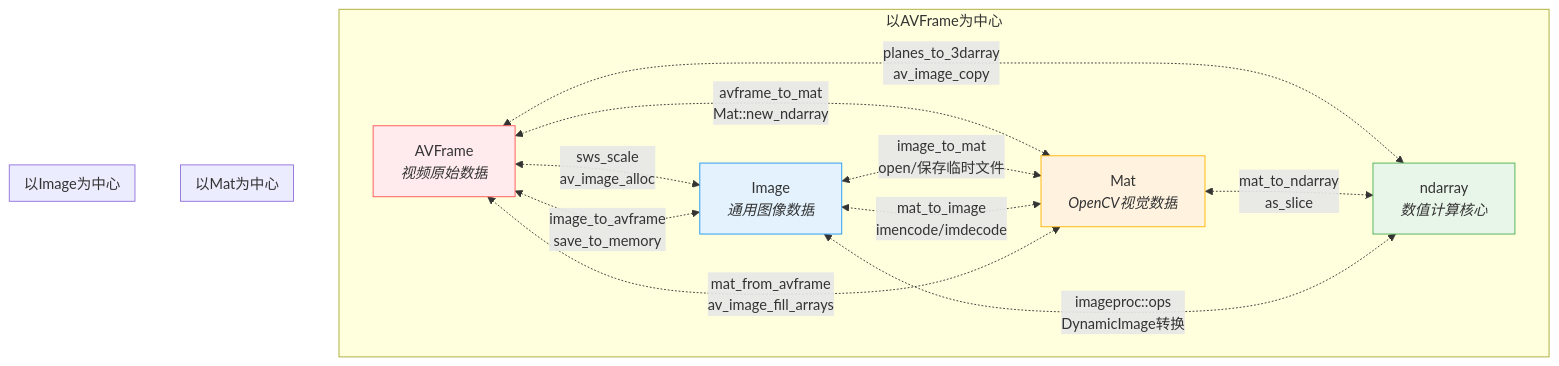
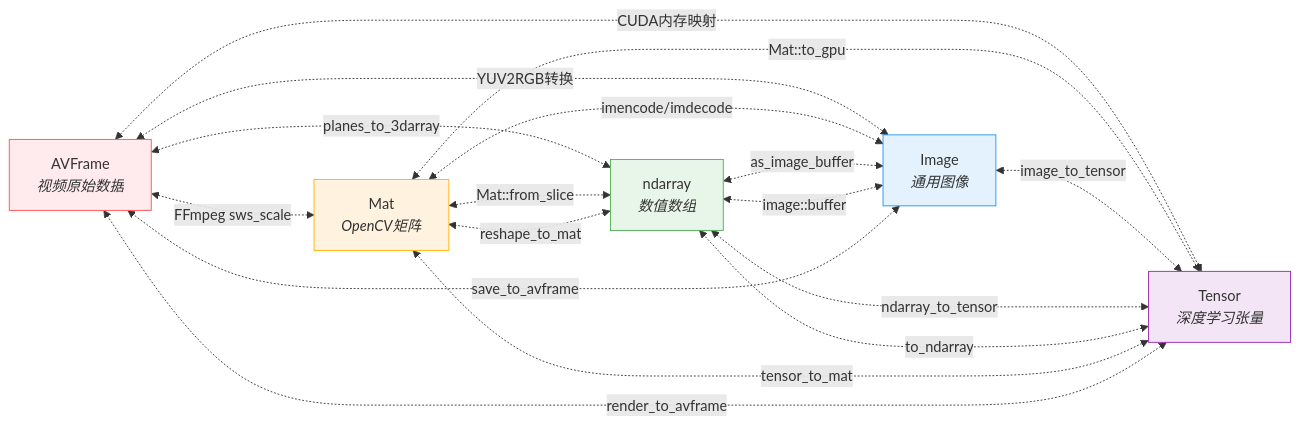
Before and after one commit to phial3/cv-convert: the first of 2 diagrams in README.md, drawn with Mermaid. The commit also changed other lines of this file, not shown here.

````diff
--- a/README.md
+++ b/README.md
@@ -8,32 +8,37 @@
 ```mermaid
-graph TD
-%% 核心结构定义
+graph LR
+%% 核心节点定义
 AF[AVFrame<br><i>视频原始数据</i>]:::avframe
-MA[Mat<br><i>OpenCV视觉数据</i>]:::mat
-IM[Image<br><i>通用图像数据</i>]:::image
-ND[ndarray<br><i>数值计算核心</i>]:::ndarray
+MA[Mat<br><i>OpenCV矩阵</i>]:::mat
+IM[Image<br><i>通用图像</i>]:::image
+ND[ndarray<br><i>数值数组</i>]:::ndarray
+TE[Tensor<br><i>深度学习张量</i>]:::tensor
 
 %% 转换路径矩阵
-subgraph 以AVFrame为中心
-  AF <-.->|sws_scale<br>av_image_alloc| IM
-  AF <-.->|planes_to_3darray<br>av_image_copy| ND
-  AF <-.->|avframe_to_mat<br>Mat::new_ndarray| MA
-end
+AF <-.->|FFmpeg sws_scale| MA
+AF <-.->|YUV2RGB转换| IM
+AF <-.->|planes_to_3darray| ND
+AF <-.->|CUDA内存映射| TE
 
-subgraph 以Mat为中心
-  MA <-.->|mat_to_ndarray<br>as_slice| ND
-  MA <-.->|mat_to_image<br>imencode/imdecode| IM
-  MA <-.->|mat_from_avframe<br>av_image_fill_arrays| AF
-end
+MA <-.->|Mat::from_slice| ND
+MA <-.->|imencode/imdecode| IM
+MA <-.->|Mat::to_gpu| TE
 
-subgraph 以Image为中心
-  IM <-.->|imageproc::ops<br>DynamicImage转换| ND
-  IM <-.->|image_to_avframe<br>save_to_memory| AF
-  IM <-.->|image_to_mat<br>open/保存临时文件| MA
-end
+IM <-.->|image::buffer| ND
+IM <-.->|image_to_tensor| TE
+IM <-.->|save_to_avframe| AF
+
+ND <-.->|ndarray_to_tensor| TE
+ND <-.->|reshape_to_mat| MA
+ND <-.->|as_image_buffer| IM
+
+TE <-.->|to_ndarray| ND
+TE <-.->|tensor_to_mat| MA
+TE <-.->|render_to_avframe| AF
 
 classDef avframe fill:#FFEBEE,stroke:#FF5252;
 classDef mat fill:#FFF3E0,stroke:#FFB300;
 classDef image fill:#E3F2FD,stroke:#2196F3;
 classDef ndarray fill:#E8F5E9,stroke:#4CAF50;
+classDef tensor fill:#F3E5F5,stroke:#9C27B0;
 ```
````
